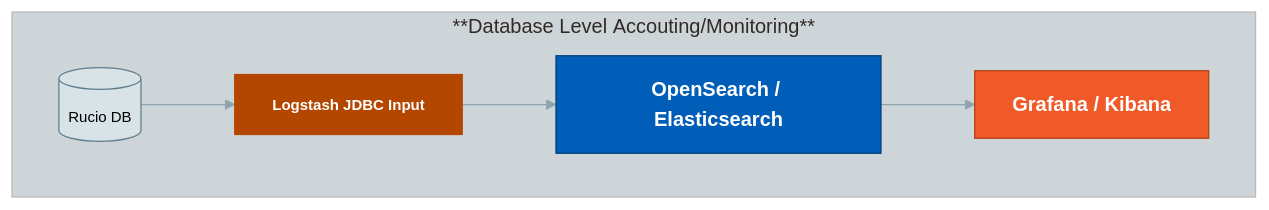
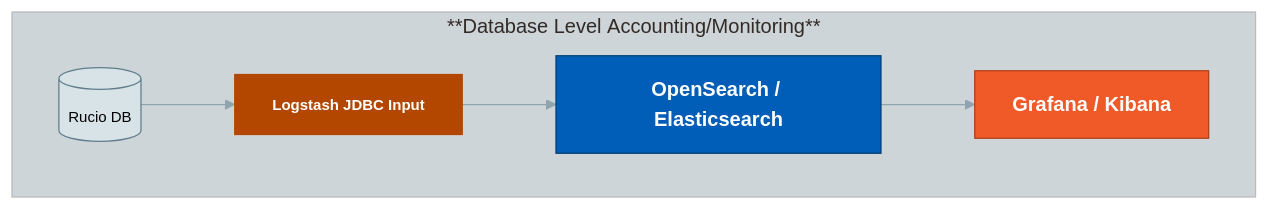
The fourth of 5 diagrams in docs/operator/monitoring.md (rucio/documentation), drawn with Mermaid before and after one commit.

Commit message:
fix codespell on monitoring docs #617

````diff
--- a/docs/operator/monitoring.md
+++ b/docs/operator/monitoring.md
@@ -341,32 +341,32 @@
 ```mermaid
 %%{init: {'theme': 'base', 'themeVariables': {
   'primaryColor': '#d8e3e7',
   'edgeLabelBackground': '#ffffff',
   'tertiaryColor': '#cdd5d9',
   'fontFamily': 'monospace',
   'primaryBorderColor': '#90a4ae',
   'lineColor': '#90a4ae'
 }}}%%
 flowchart TB
-  subgraph DB["**Database&nbsp;Level&nbsp;Accouting/Monitoring**"]
+  subgraph DB["**Database&nbsp;Level&nbsp;Accounting/Monitoring**"]
         DB1[("Rucio DB")]
         LS["Logstash JDBC Input"]
         OS2["OpenSearch / Elasticsearch"]
         GD["Grafana / Kibana"]
   end
 
   DB1 --> LS
   LS --> OS2
   OS2 --> GD
 
   classDef mono fill:#d8e3e7,stroke:#607d8b,color:#000,font-size:12px;
   classDef Grafana fill:#F05A28,stroke:#b03e16,color:#fff,font-weight:bold;
   classDef OpenSearch fill:#005EB8,stroke:#003E75,color:#fff,font-weight:bold;
   classDef Logstash fill:#b34700,stroke:#b34700,color:#fff,font-weight:bold;
 
 
   class DB1,LS mono;
   class LS Logstash;
   class OS2 OpenSearch;
   class GD Grafana;
 ```
````
